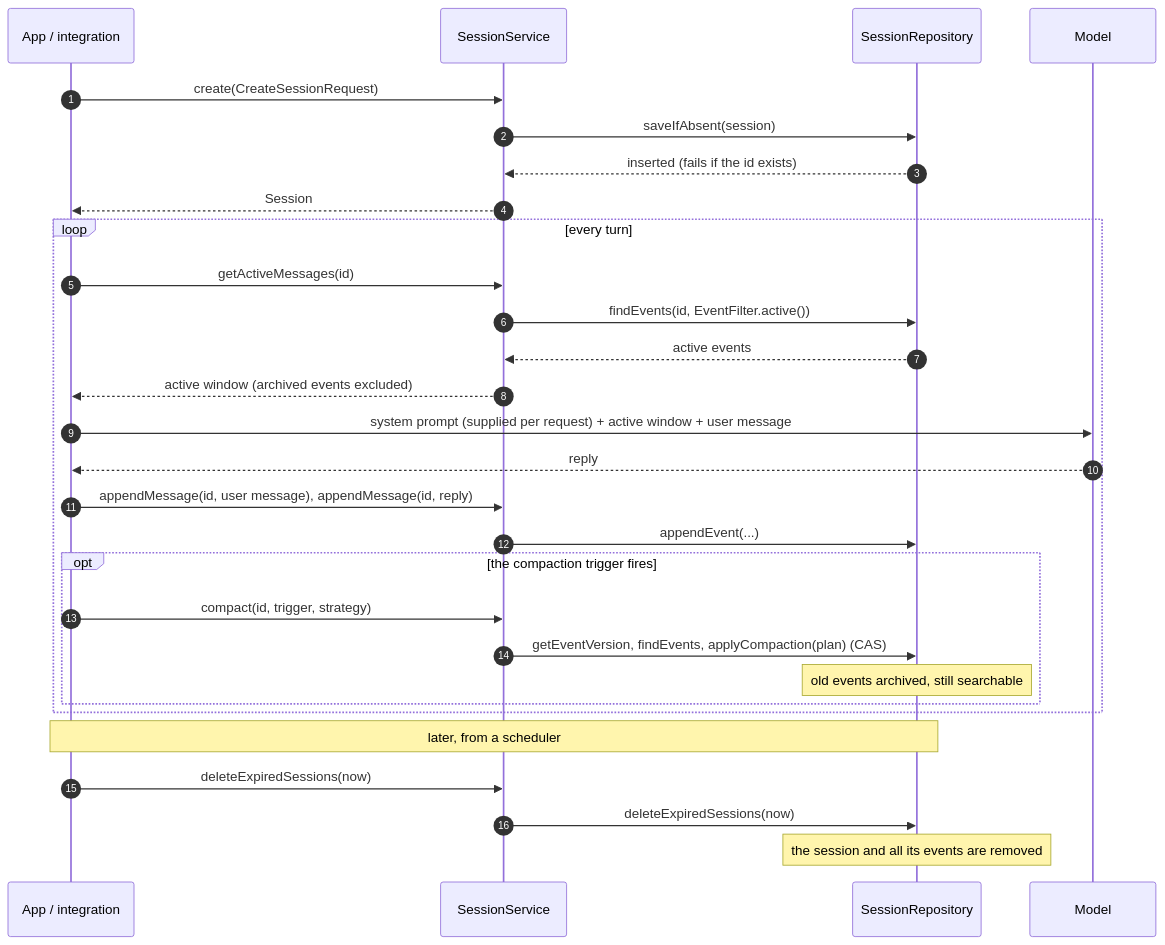
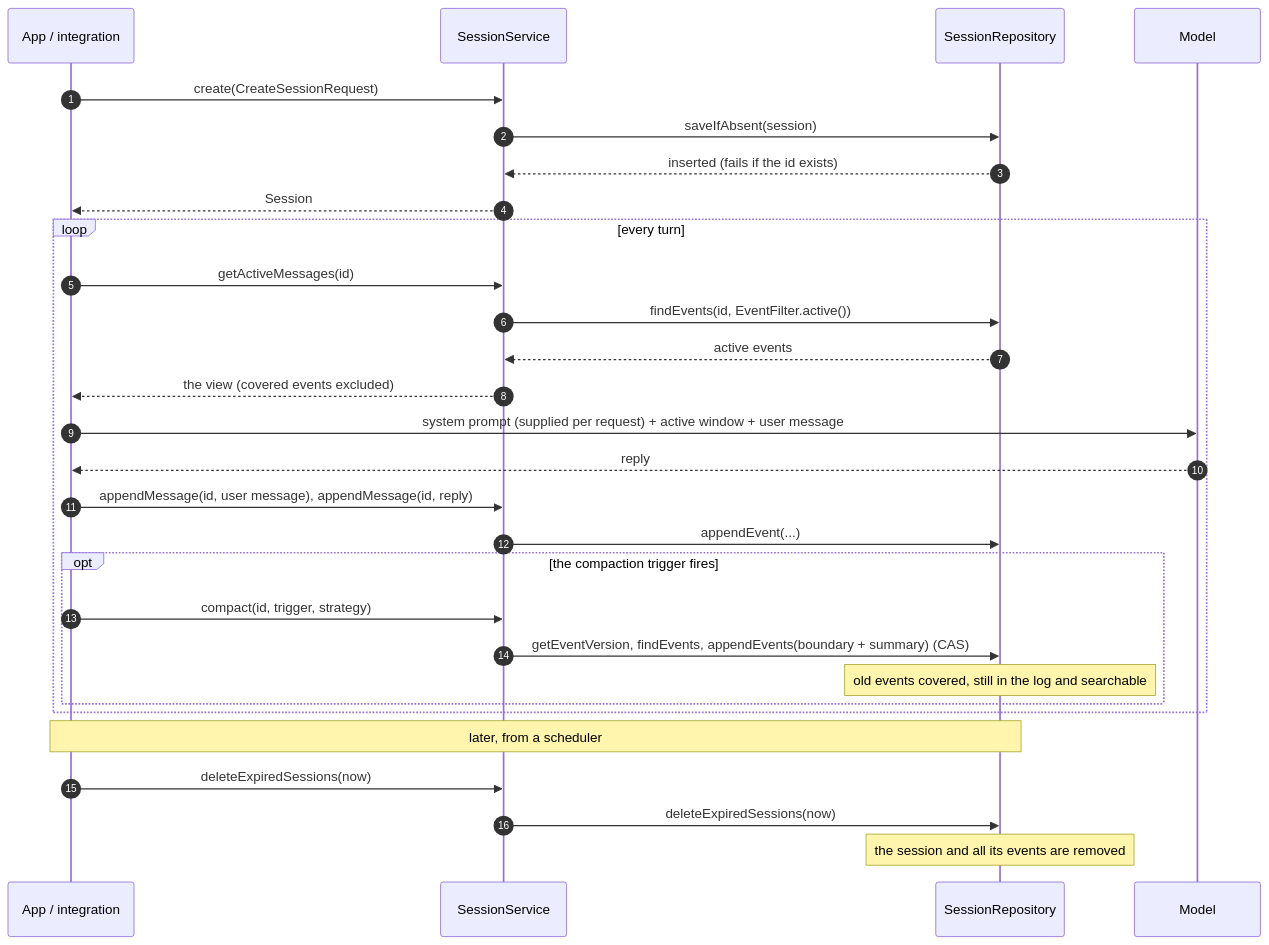
The third of 3 diagrams in docs/session-management/concepts.md (spring-ai-community/spring-ai-session), drawn with Mermaid before and after one commit. The commit also changed other lines of this file and 53 other files, not shown here.

First line of the commit message:
Record compaction as an appended boundary and project the active view

````diff
--- a/docs/session-management/concepts.md
+++ b/docs/session-management/concepts.md
@@ -432,34 +449,34 @@
 ```mermaid
 sequenceDiagram
     autonumber
     participant App as App / integration
     participant Svc as SessionService
     participant Repo as SessionRepository
     participant LLM as Model
 
     App->>Svc: create(CreateSessionRequest)
     Svc->>Repo: saveIfAbsent(session)
     Repo-->>Svc: inserted (fails if the id exists)
     Svc-->>App: Session
 
     loop every turn
         App->>Svc: getActiveMessages(id)
         Svc->>Repo: findEvents(id, EventFilter.active())
         Repo-->>Svc: active events
-        Svc-->>App: active window (archived events excluded)
+        Svc-->>App: the view (covered events excluded)
         App->>LLM: system prompt (supplied per request) + active window + user message
         LLM-->>App: reply
         App->>Svc: appendMessage(id, user message), appendMessage(id, reply)
         Svc->>Repo: appendEvent(...)
         opt the compaction trigger fires
             App->>Svc: compact(id, trigger, strategy)
-            Svc->>Repo: getEventVersion, findEvents, applyCompaction(plan) (CAS)
-            Note over Repo: old events archived, still searchable
+            Svc->>Repo: getEventVersion, findEvents, appendEvents(boundary + summary) (CAS)
+            Note over Repo: old events covered, still in the log and searchable
         end
     end
 
     Note over App,Repo: later, from a scheduler
     App->>Svc: deleteExpiredSessions(now)
     Svc->>Repo: deleteExpiredSessions(now)
     Note over Repo: the session and all its events are removed
 ```
````
